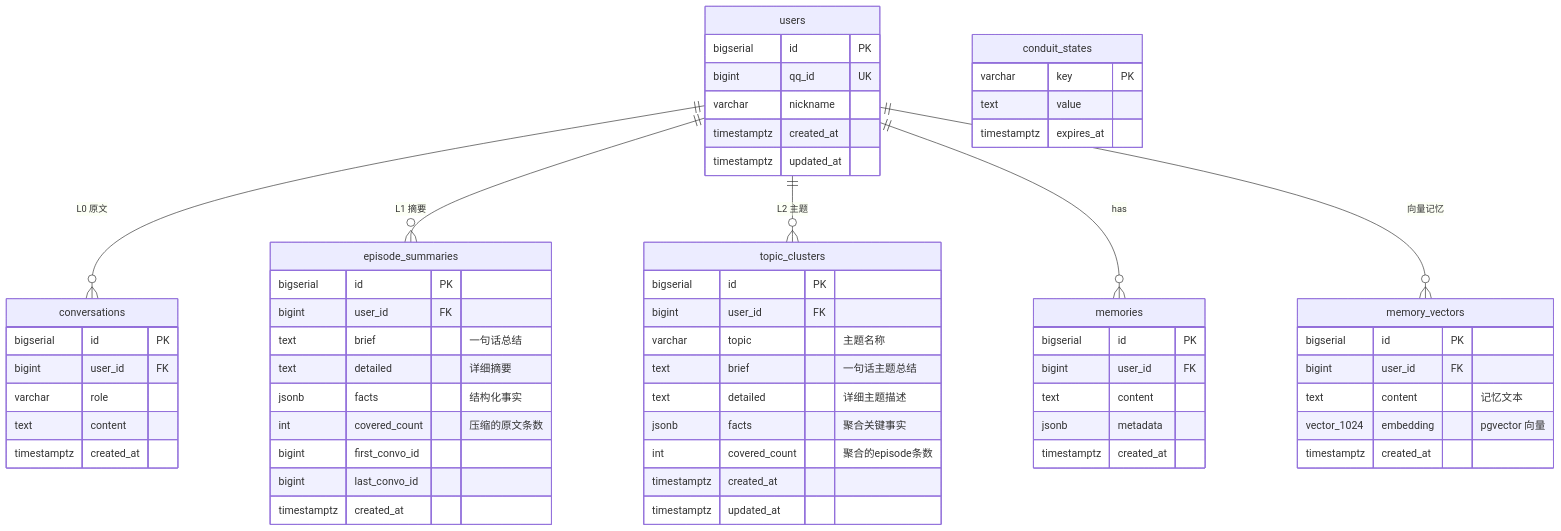
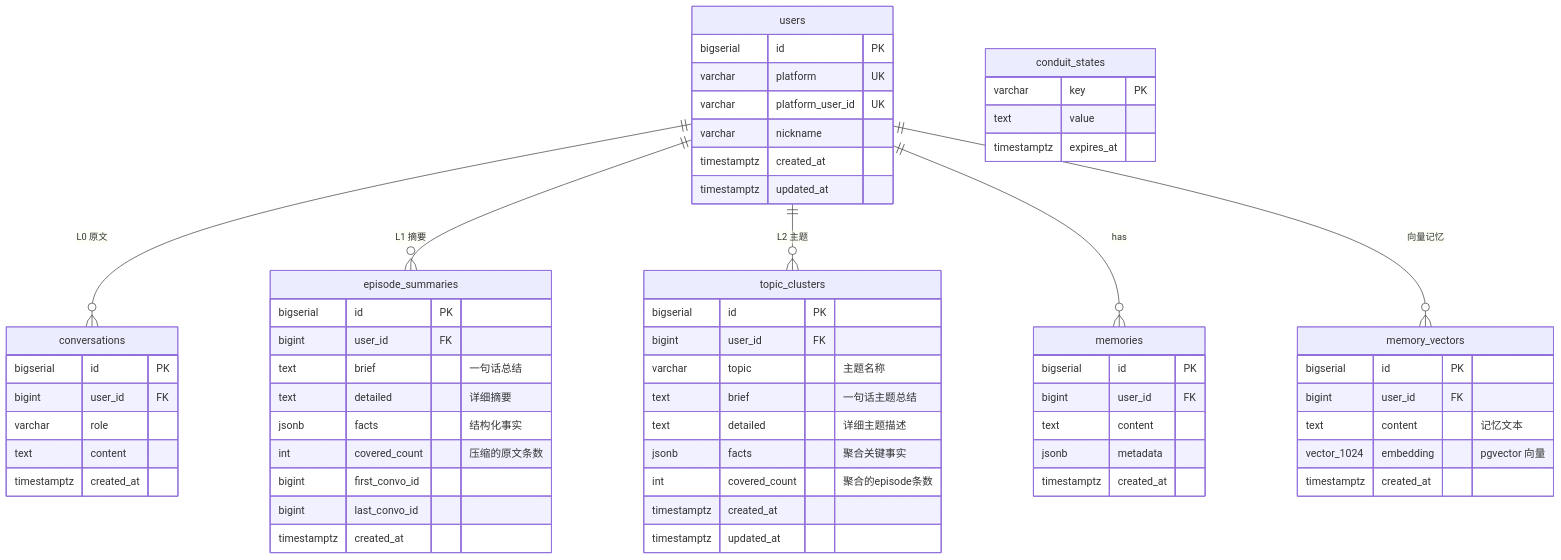
The fifth of 5 diagrams in docs/architecture.md (Airiseina/lanmei-dream), drawn with Mermaid before and after one commit. The commit also changed other lines of this file and 36 other files, not shown here.

````diff
--- a/docs/architecture.md
+++ b/docs/architecture.md
@@ -176,63 +180,64 @@
 ```mermaid
 erDiagram
     users {
         bigserial id PK
-        bigint qq_id UK
+        varchar platform UK
+        varchar platform_user_id UK
         varchar nickname
         timestamptz created_at
         timestamptz updated_at
     }
     conversations {
         bigserial id PK
         bigint user_id FK
         varchar role
         text content
         timestamptz created_at
     }
     episode_summaries {
         bigserial id PK
         bigint user_id FK
         text brief "一句话总结"
         text detailed "详细摘要"
         jsonb facts "结构化事实"
         int covered_count "压缩的原文条数"
         bigint first_convo_id
         bigint last_convo_id
         timestamptz created_at
     }
     topic_clusters {
         bigserial id PK
         bigint user_id FK
         varchar topic "主题名称"
         text brief "一句话主题总结"
         text detailed "详细主题描述"
         jsonb facts "聚合关键事实"
         int covered_count "聚合的episode条数"
         timestamptz created_at
         timestamptz updated_at
     }
     memories {
         bigserial id PK
         bigint user_id FK
         text content
         jsonb metadata
         timestamptz created_at
     }
     memory_vectors {
         bigserial id PK
         bigint user_id FK
         text content "记忆文本"
         vector_1024 embedding "pgvector 向量"
         timestamptz created_at
     }
     conduit_states {
         varchar key PK
         text value
         timestamptz expires_at
     }
     users ||--o{ conversations : "L0 原文"
     users ||--o{ episode_summaries : "L1 摘要"
     users ||--o{ topic_clusters : "L2 主题"
     users ||--o{ memories : "has"
     users ||--o{ memory_vectors : "向量记忆"
 ```
````
